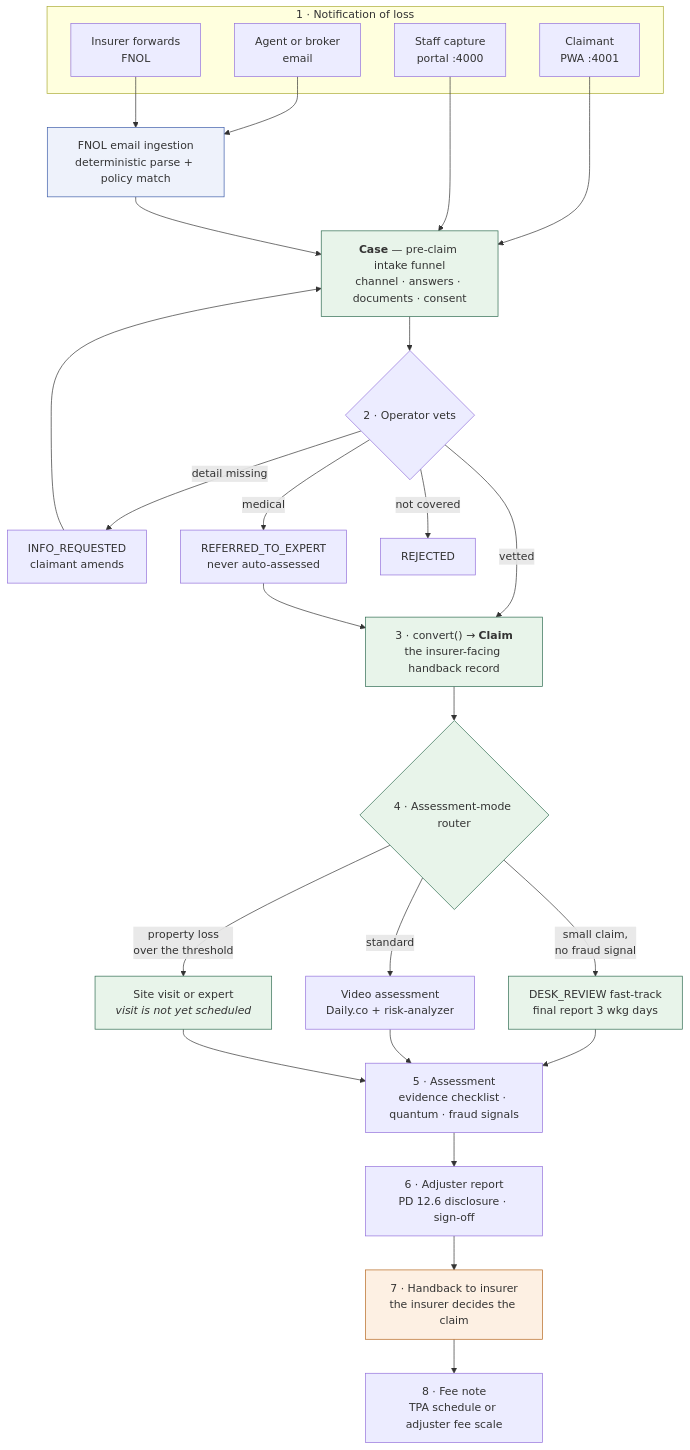
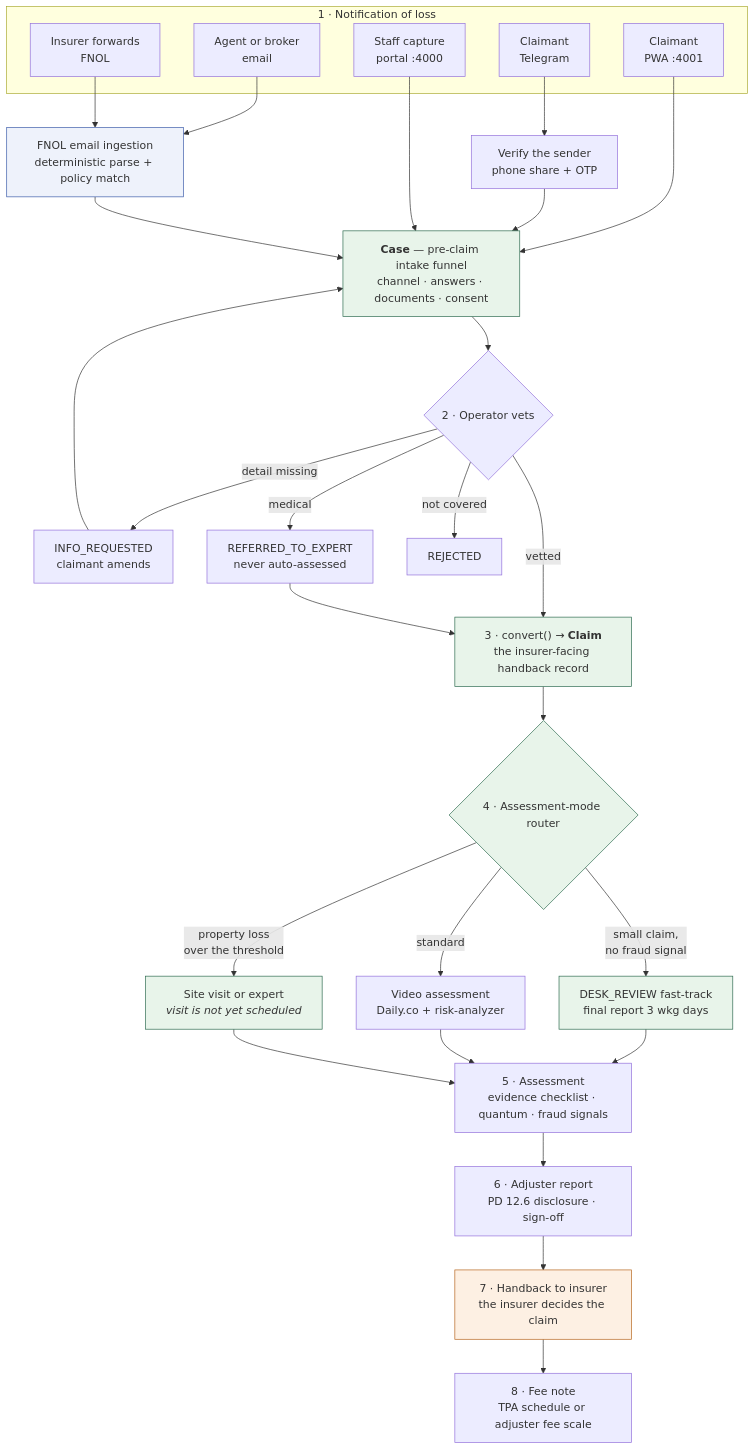
The first of 11 diagrams in docs/USER_FLOWS.md (leobarcove/true-claim-insight), drawn with Mermaid before and after one commit. The commit also changed other lines of this file and 53 other files, not shown here.

````diff
--- a/docs/USER_FLOWS.md
+++ b/docs/USER_FLOWS.md
@@ -18,67 +18,72 @@
 ```mermaid
 flowchart TD
     subgraph INTAKE["1 · Notification of loss"]
         C1["`Claimant
 PWA :4001`"]
+        C5["`Claimant
+Telegram`"]
         C2["`Agent or broker
 email`"]
         C3["`Insurer forwards
 FNOL`"]
         C4["`Staff capture
 portal :4000`"]
     end
 
     C1 --> CASE
+    C5 --> BIND["`Verify the sender
+phone share + OTP`"]
+    BIND --> CASE
     C2 --> ING["`FNOL email ingestion
 deterministic parse + policy match`"]
     C3 --> ING
     C4 --> CASE
     ING --> CASE
 
     CASE["`**Case** — pre-claim intake funnel
 channel · answers · documents · consent`"]
 
     CASE --> VET{"2 · Operator vets"}
     VET -->|"detail missing"| INFO["`INFO_REQUESTED
 claimant amends`"]
     INFO --> CASE
     VET -->|"medical"| EXP["`REFERRED_TO_EXPERT
 never auto-assessed`"]
     VET -->|"not covered"| REJ["REJECTED"]
     VET -->|"vetted"| CONV
     EXP --> CONV
 
     CONV["`3 · convert() → **Claim**
 the insurer-facing handback record`"]
 
     CONV --> MODE{"4 · Assessment-mode router"}
     MODE -->|"`small claim,
 no fraud signal`"| DESK["`DESK_REVIEW fast-track
 final report 3 wkg days`"]
     MODE -->|"standard"| VIDEO["`Video assessment
 Daily.co + risk-analyzer`"]
     MODE -->|"`property loss
 over the threshold`"| SITE["`Site visit or expert
 *visit is not yet scheduled*`"]
 
     DESK --> ASSESS
     VIDEO --> ASSESS
     SITE --> ASSESS
 
     ASSESS["`5 · Assessment
 evidence checklist · quantum · fraud signals`"]
     ASSESS --> REPORT["`6 · Adjuster report
 PD 12.6 disclosure · sign-off`"]
     REPORT --> HANDBACK["`7 · Handback to insurer
 the insurer decides the claim`"]
     HANDBACK --> BILL["`8 · Fee note
 TPA schedule or adjuster fee scale`"]
 
     style CASE fill:#e8f4ea,stroke:#2d6a4f
     style CONV fill:#e8f4ea,stroke:#2d6a4f
     style MODE fill:#e8f4ea,stroke:#2d6a4f
     style DESK fill:#e8f4ea,stroke:#2d6a4f
     style SITE fill:#e8f4ea,stroke:#2d6a4f
     style HANDBACK fill:#fdf0e3,stroke:#b5651d
     style ING fill:#eef2fb,stroke:#3b5bA9
 ```
````
